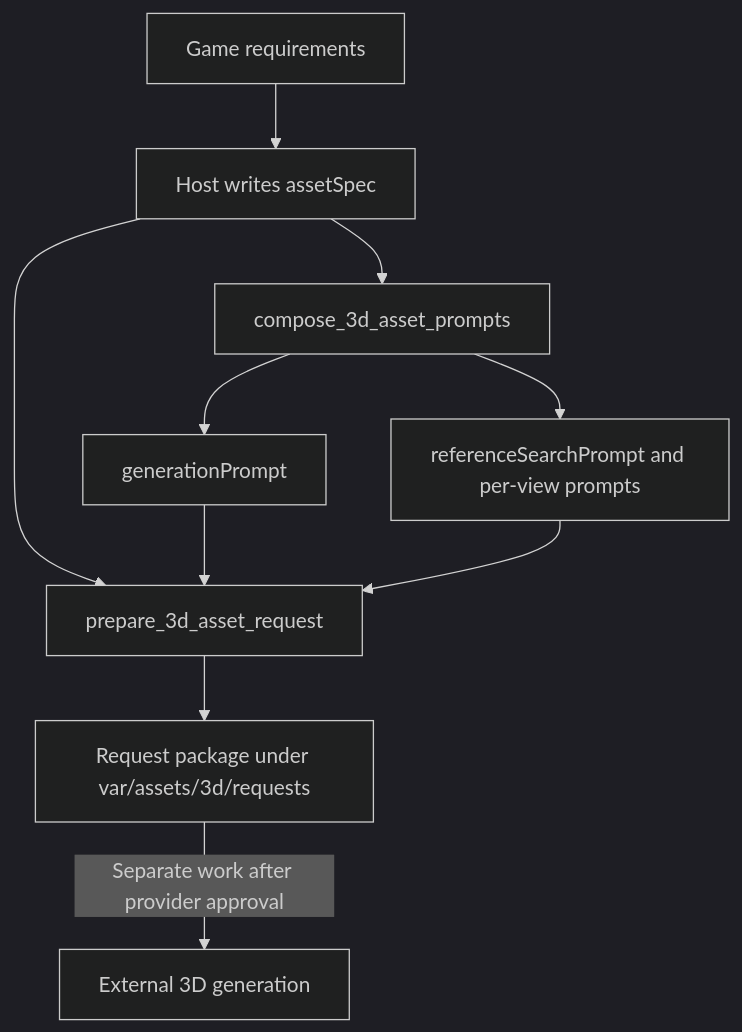
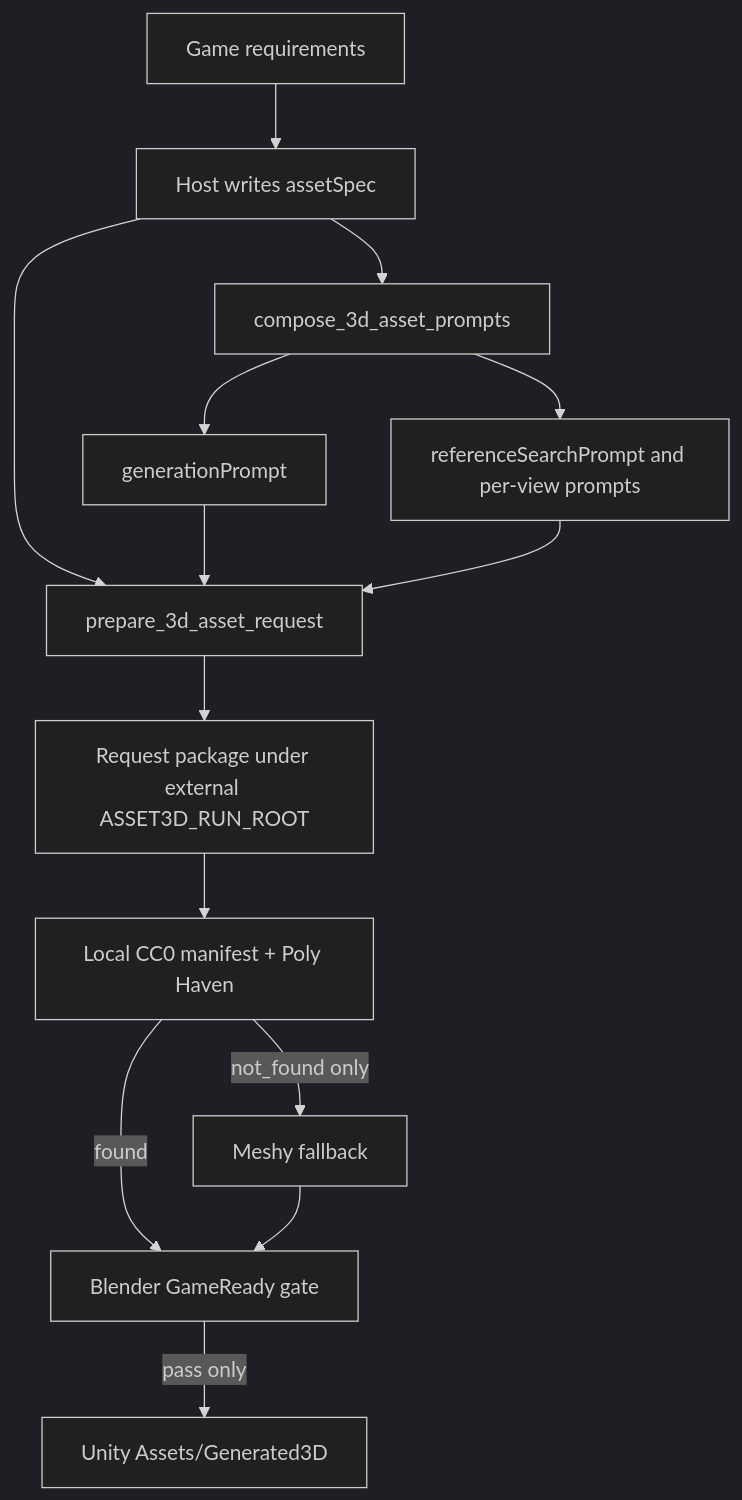
Before and after one commit to JugleGame/Game-Develop-Orchestration: the diagram in docs/3d-asset-prompts.md, drawn with Mermaid (dark theme). The commit also changed other lines of this file and 9 other files, not shown here.

Commit message:
feat(asset3d): CC0 우선 Unity 전달 파이프라인

````diff
--- a/docs/3d-asset-prompts.md
+++ b/docs/3d-asset-prompts.md
@@ -10,12 +10,16 @@
 ```mermaid
 flowchart TD
     R["Game requirements"] --> S["Host writes assetSpec"]
     S --> C["compose_3d_asset_prompts"]
     C --> G["generationPrompt"]
     C --> Q["referenceSearchPrompt and per-view prompts"]
     S --> P["prepare_3d_asset_request"]
     G --> P
     Q --> P
-    P --> H["Request package under var/assets/3d/requests"]
-    H -->|"Separate work after provider approval"| E["External 3D generation"]
+    P --> H["Request package under external ASSET3D_RUN_ROOT"]
+    H --> C0["Local CC0 manifest + Poly Haven"]
+    C0 -->|"not_found only"| E["Meshy fallback"]
+    C0 -->|"found"| B["Blender GameReady gate"]
+    E --> B
+    B -->|"pass only"| U["Unity Assets/Generated3D"]
 ```
````
